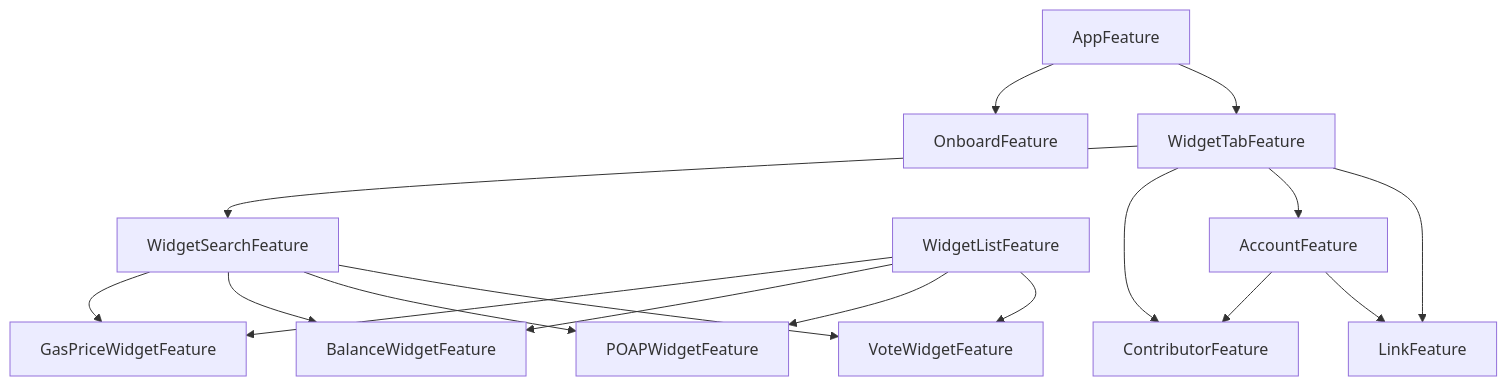
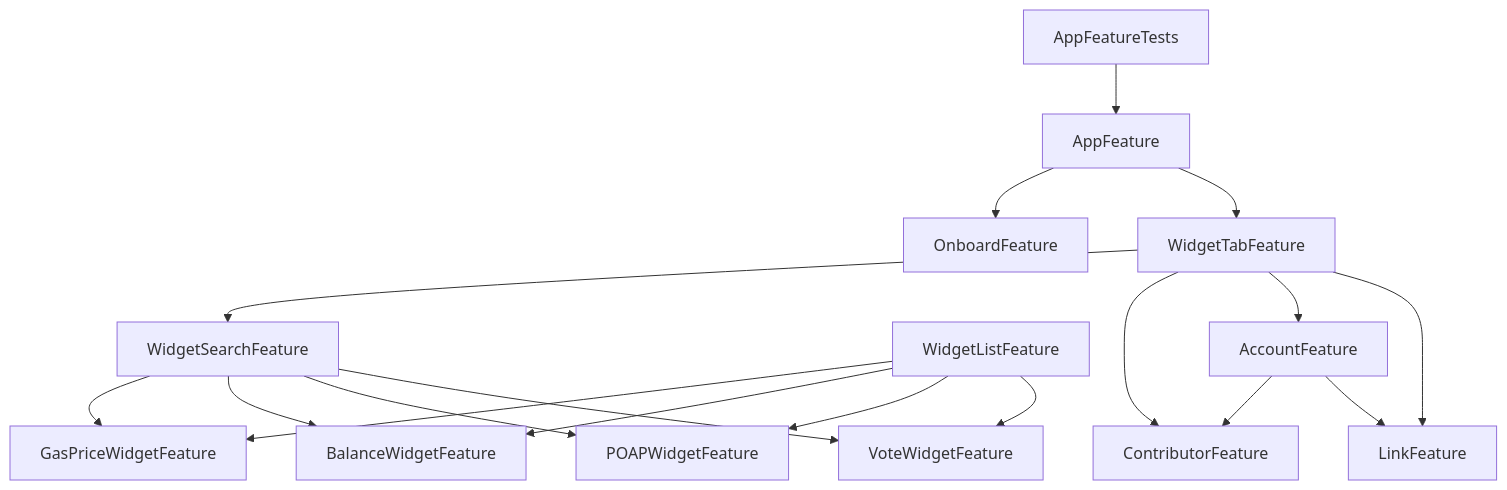
One commit to caaaption/caaaption changed the diagram in Packages/FeaturePackage/README.md. Above: the diagram before and after it, drawn with Mermaid.

Commit message:
Run dgraph (#393)

````diff
--- a/Packages/FeaturePackage/README.md
+++ b/Packages/FeaturePackage/README.md
@@ -2,19 +2,20 @@
 ```mermaid
 graph TD;
     AppFeature-->WidgetTabFeature;
     AppFeature-->OnboardFeature;
     WidgetSearchFeature-->VoteWidgetFeature;
     WidgetSearchFeature-->POAPWidgetFeature;
     WidgetSearchFeature-->BalanceWidgetFeature;
     WidgetSearchFeature-->GasPriceWidgetFeature;
     WidgetListFeature-->VoteWidgetFeature;
     WidgetListFeature-->POAPWidgetFeature;
     WidgetListFeature-->BalanceWidgetFeature;
     WidgetListFeature-->GasPriceWidgetFeature;
     AccountFeature-->LinkFeature;
     AccountFeature-->ContributorFeature;
     WidgetTabFeature-->LinkFeature;
     WidgetTabFeature-->AccountFeature;
     WidgetTabFeature-->ContributorFeature;
     WidgetTabFeature-->WidgetSearchFeature;
+    AppFeatureTests-->AppFeature;
 ```
````
